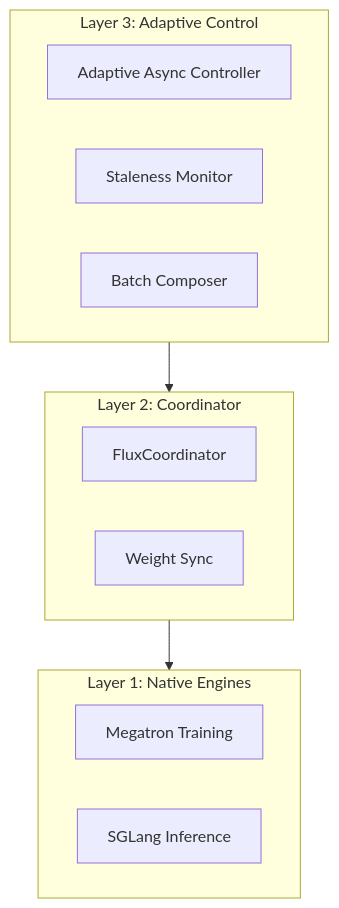
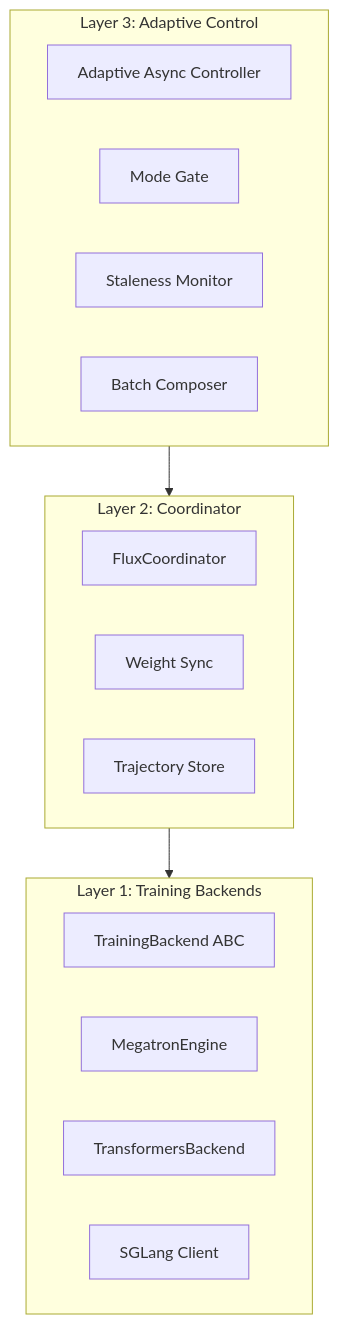
Before and after one commit to Ivis4ml/flux: the diagram in docs/concepts/architecture.md, drawn with Mermaid. The commit also changed other lines of this file and 31 other files, not shown here.

First line of the commit message:
Add pluggable training backends, ModeGate state machine, and code review fixes

````diff
--- a/docs/concepts/architecture.md
+++ b/docs/concepts/architecture.md
@@ -12,21 +35,25 @@
 ```mermaid
 graph TB
     subgraph Layer3["Layer 3: Adaptive Control"]
         AC[Adaptive Async Controller]
+        MG[Mode Gate]
         SM[Staleness Monitor]
         BC[Batch Composer]
     end
-    
+
     subgraph Layer2["Layer 2: Coordinator"]
         CO[FluxCoordinator]
         WS[Weight Sync]
+        TS[Trajectory Store]
     end
-    
-    subgraph Layer1["Layer 1: Native Engines"]
-        ME[Megatron Training]
-        SG[SGLang Inference]
+
+    subgraph Layer1["Layer 1: Training Backends"]
+        TB[TrainingBackend ABC]
+        ME[MegatronEngine]
+        TF[TransformersBackend]
+        SG[SGLang Client]
     end
-    
+
     Layer3 --> Layer2
     Layer2 --> Layer1
 ```
````
